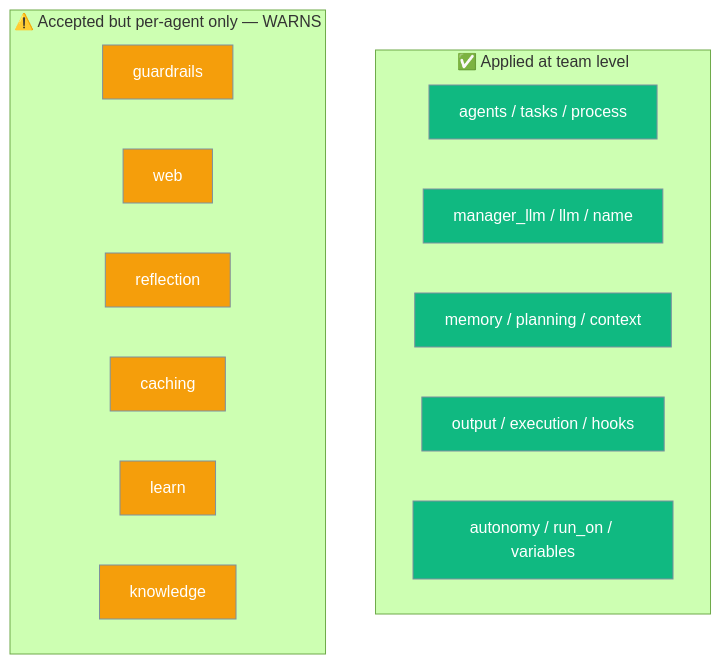
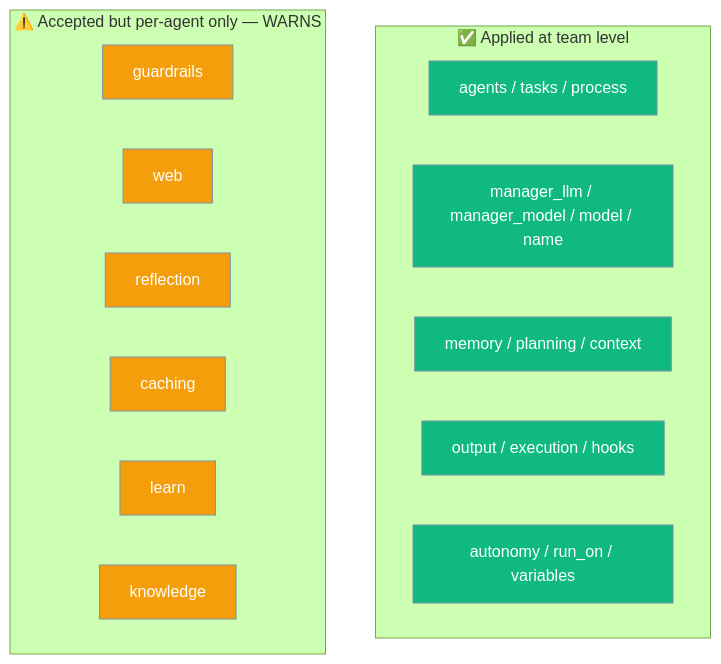
One commit to MervinPraison/PraisonAIDocs changed the diagram in docs/features/agentteam-supported-params.mdx. Above: the diagram before and after it, drawn with Mermaid (forest theme). The commit also changed other lines of this file and 7 other files, not shown here.

Commit message:
fix: document AgentTeam(llm=) warning and manager_model= alias (fixes #5053) (#5066)

````diff
--- a/docs/features/agentteam-supported-params.mdx
+++ b/docs/features/agentteam-supported-params.mdx
@@ -24,25 +24,25 @@
 ```mermaid
 graph TB
     subgraph Applied["✅ Applied at team level"]
         A1[agents / tasks / process]
-        A2[manager_llm / llm / name]
+        A2[manager_llm / manager_model / model / name]
         A3[memory / planning / context]
         A4[output / execution / hooks]
         A5[autonomy / run_on / variables]
     end
 
     subgraph PerAgent["⚠️ Accepted but per-agent only — WARNS"]
         P1[guardrails]
         P2[web]
         P3[reflection]
         P4[caching]
         P5[learn]
         P6[knowledge]
     end
 
     classDef applied fill:#10B981,stroke:#7C90A0,color:#fff
     classDef warn fill:#F59E0B,stroke:#7C90A0,color:#fff
 
     class A1,A2,A3,A4,A5 applied
     class P1,P2,P3,P4,P5,P6 warn
 ```
````
